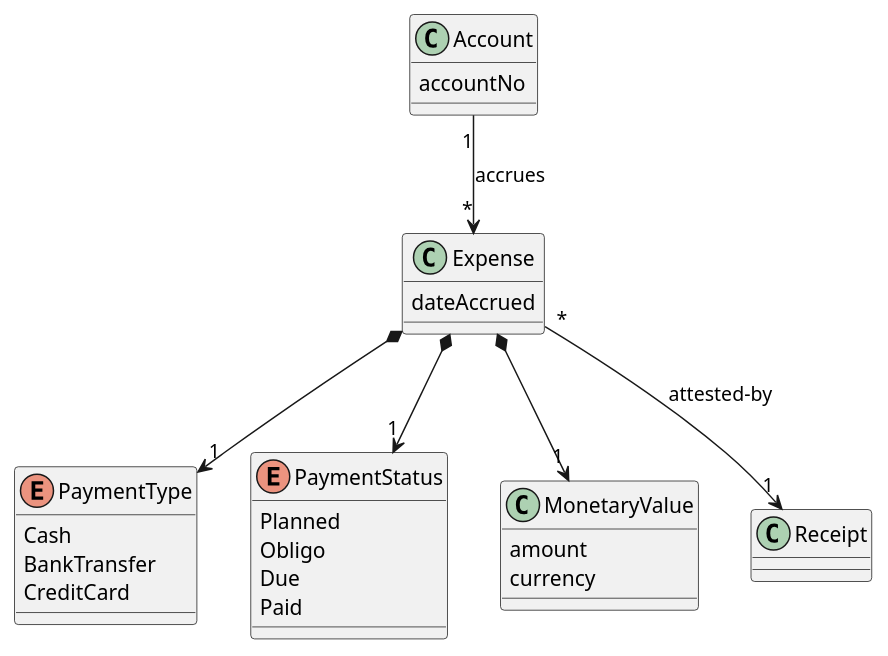
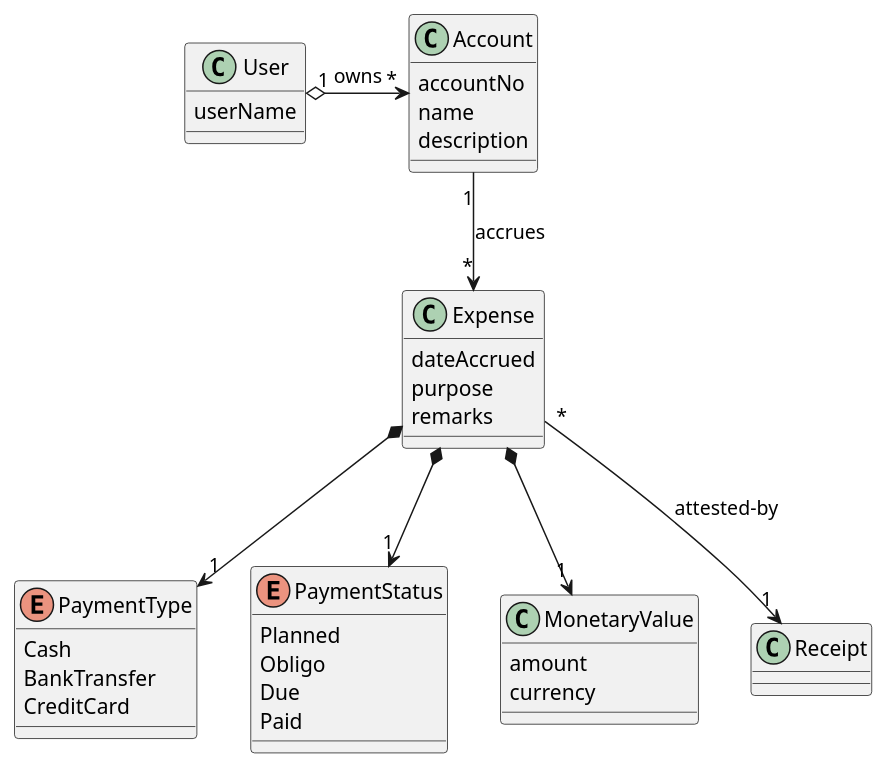
The diagram in doc/domain-model/domain.class.puml (onouv/expenses), drawn with PlantUML before and after one commit. The commit also changed 34 other files, not shown here.

```diff
--- a/doc/domain-model/domain.class.puml
+++ b/doc/domain-model/domain.class.puml
@@ -1,35 +1,44 @@
 @startuml
 enum PaymentType {
     Cash
     BankTransfer
     CreditCard
 }
 
 enum PaymentStatus {
     Planned
     Obligo
     Due
     Paid
 }
 
 class MonetaryValue {
     amount
     currency
 }
 
 class Expense {
     dateAccrued
+    purpose
+    remarks
 }
 
 class Account {
     accountNo
+    name
+    description
 }
 
 class Receipt
 
+class User {
+    userName
+}
+
+User "1" o-> "*" Account : owns
 Account "1" --> "*" Expense : accrues
 Expense "*"--> "1" Receipt: attested-by
 Expense *--> "1" PaymentType
 Expense *--> "1" MonetaryValue
 Expense *--> "1" PaymentStatus
 @enduml
```
